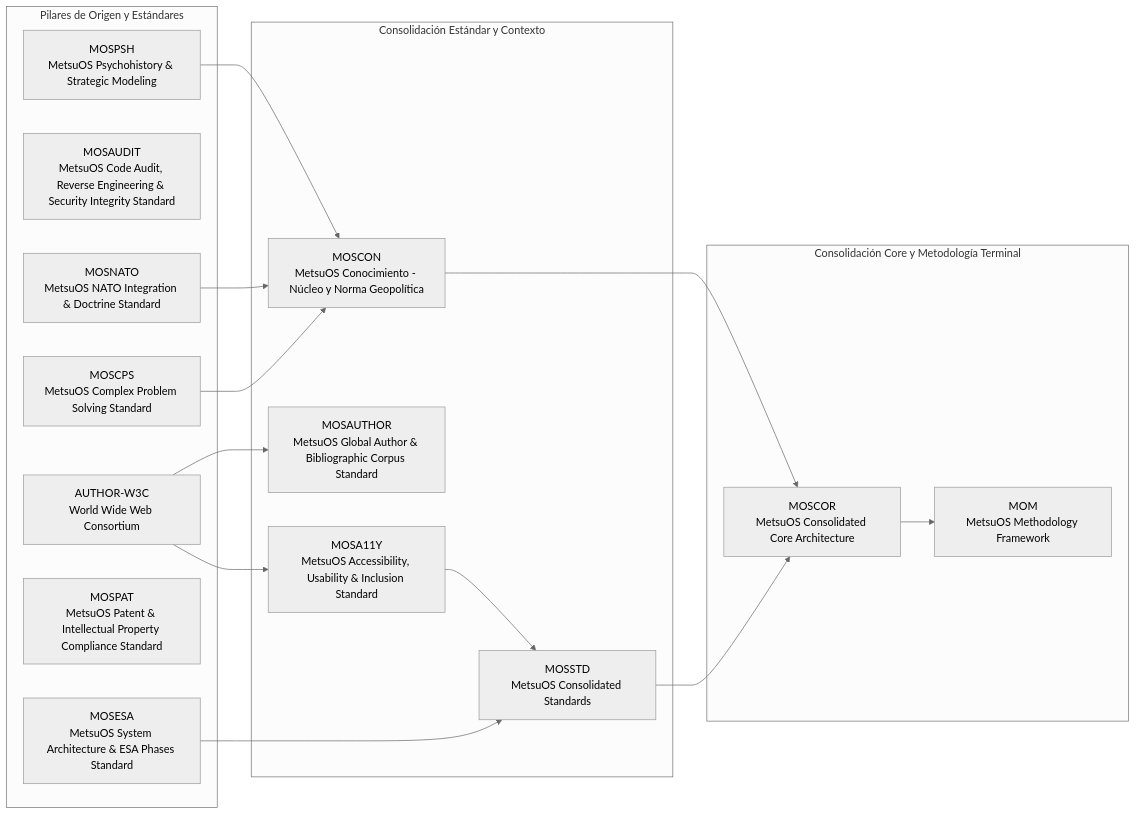
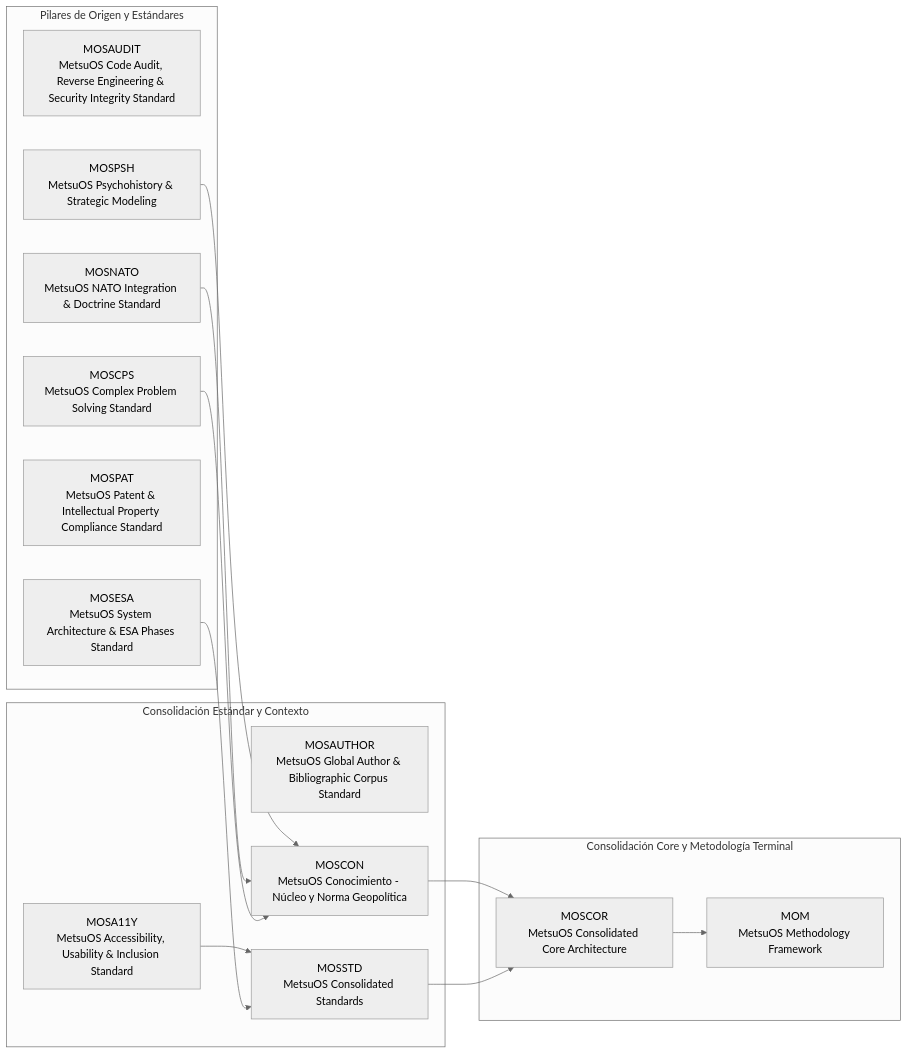
The diagram in README.md (metsuke/mom), drawn with Mermaid (neutral theme) before and after one commit. The commit also changed 80 other files, not shown here.

````diff
--- a/README.md
+++ b/README.md
@@ -88,35 +88,32 @@
 ```mermaid
 graph LR
     subgraph Capa_Origen [Pilares de Origen y Estándares]
-        AUTHOR-W3C["AUTHOR-W3C<br/>World Wide Web Consortium"]
         MOSAUDIT["MOSAUDIT<br/>MetsuOS Code Audit, Reverse Engineering & Security Integrity Standard"]
         MOSCPS["MOSCPS<br/>MetsuOS Complex Problem Solving Standard"]
         MOSESA["MOSESA<br/>MetsuOS System Architecture & ESA Phases Standard"]
         MOSNATO["MOSNATO<br/>MetsuOS NATO Integration & Doctrine Standard"]
         MOSPAT["MOSPAT<br/>MetsuOS Patent & Intellectual Property Compliance Standard"]
         MOSPSH["MOSPSH<br/>MetsuOS Psychohistory & Strategic Modeling"]
     end
 
     subgraph Capa_Intermedia [Consolidación Estándar y Contexto]
         MOSA11Y["MOSA11Y<br/>MetsuOS Accessibility, Usability & Inclusion Standard"]
         MOSAUTHOR["MOSAUTHOR<br/>MetsuOS Global Author & Bibliographic Corpus Standard"]
         MOSCON["MOSCON<br/>MetsuOS Conocimiento - Núcleo y Norma Geopolítica"]
         MOSSTD["MOSSTD<br/>MetsuOS Consolidated Standards"]
     end
 
     subgraph Capa_Core [Consolidación Core y Metodología Terminal]
         MOSCOR["MOSCOR<br/>MetsuOS Consolidated Core Architecture"]
         MOM["MOM<br/>MetsuOS Methodology Framework"]
     end
 
     MOSCOR --> MOM
-    AUTHOR-W3C --> MOSA11Y
-    AUTHOR-W3C --> MOSAUTHOR
     MOSPSH --> MOSCON
     MOSNATO --> MOSCON
     MOSCPS --> MOSCON
     MOSCON --> MOSCOR
     MOSSTD --> MOSCOR
     MOSA11Y --> MOSSTD
     MOSESA --> MOSSTD
 ```
````
